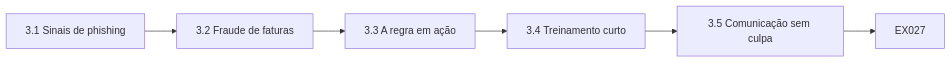
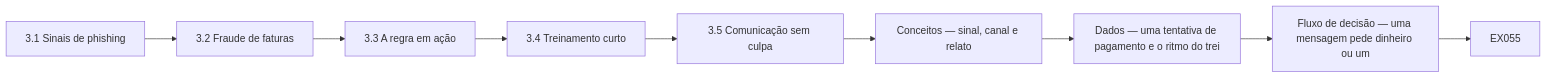
Before and after one commit to hiagokinlevi/CyKin: the eighth of 12 diagrams in levels/rapid-1-month/information-security/pt/book/MANUSCRIPT.md, drawn with Mermaid. The commit also changed other lines of this file and 1 other file, not shown here.

````diff
--- a/levels/rapid-1-month/information-security/pt/book/MANUSCRIPT.md
+++ b/levels/rapid-1-month/information-security/pt/book/MANUSCRIPT.md
@@ -340,9 +478,12 @@
 ```mermaid
 flowchart LR
   N0["3.1 Sinais de phishing"]
   N1["3.2 Fraude de faturas"]
   N2["3.3 A regra em ação"]
   N3["3.4 Treinamento curto"]
   N4["3.5 Comunicação sem culpa"]
-  N0 --> N1 --> N2 --> N3 --> N4 --> Q["EX027"]
+  N5["Conceitos — sinal, canal e relato"]
+  N6["Dados — uma tentativa de pagamento e o ritmo do trei"]
+  N7["Fluxo de decisão — uma mensagem pede dinheiro ou um"]
+  N0 --> N1 --> N2 --> N3 --> N4 --> N5 --> N6 --> N7 --> Q["EX055"]
 ```
````
